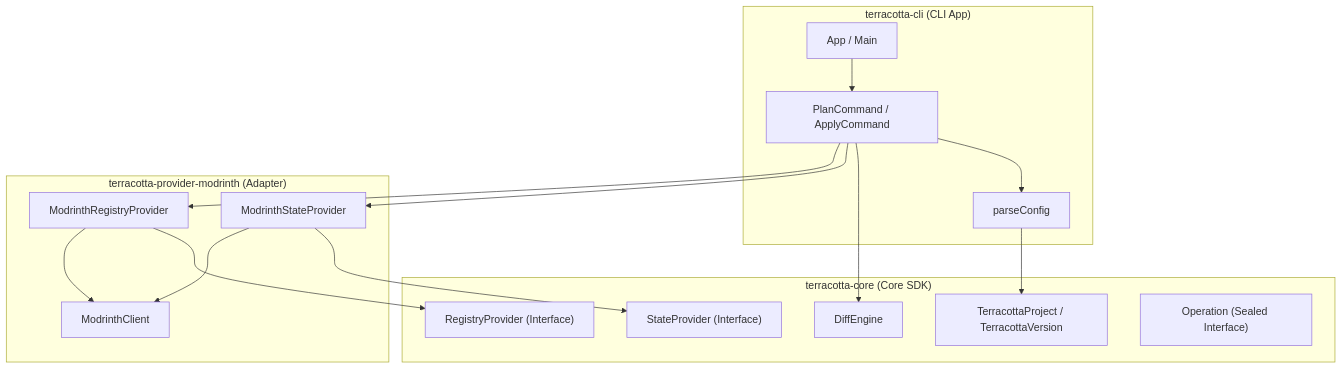
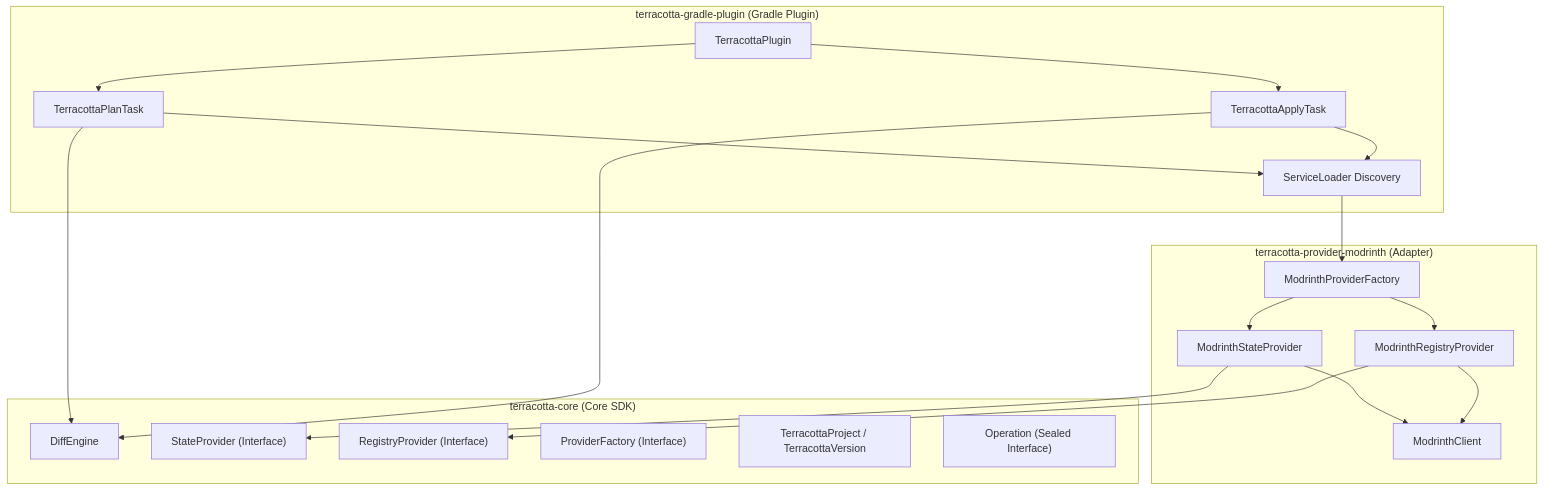
Before and after one commit to beduality/terracotta: the first of 2 diagrams in docs/content/sdk/explanation/architecture.md, drawn with Mermaid. The commit also changed other lines of this file and 3 other files, not shown here.

First line of the commit message:
docs: update documentation to reflect gradle plugin and architecture changes

````diff
--- a/docs/content/sdk/explanation/architecture.md
+++ b/docs/content/sdk/explanation/architecture.md
@@ -7,33 +7,39 @@
 ```mermaid
 graph TD
-    subgraph terracotta-cli["terracotta-cli (CLI App)"]
-        App["App / Main"]
-        Commands["PlanCommand / ApplyCommand"]
-        ConfigParser["parseConfig"]
+    subgraph terracotta-gradle-plugin["terracotta-gradle-plugin (Gradle Plugin)"]
+        Plugin["TerracottaPlugin"]
+        PlanTask["TerracottaPlanTask"]
+        ApplyTask["TerracottaApplyTask"]
+        ServiceLoaderLookup["ServiceLoader Discovery"]
     end
 
     subgraph terracotta-provider-modrinth["terracotta-provider-modrinth (Adapter)"]
         ModrinthClient["ModrinthClient"]
         ModrinthState["ModrinthStateProvider"]
         ModrinthRegistry["ModrinthRegistryProvider"]
+        ProviderFactoryImpl["ModrinthProviderFactory"]
     end
 
     subgraph terracotta-core["terracotta-core (Core SDK)"]
         DiffEngine["DiffEngine"]
         StateProvider["StateProvider (Interface)"]
         RegistryProvider["RegistryProvider (Interface)"]
+        ProviderFactory["ProviderFactory (Interface)"]
         Models["TerracottaProject / TerracottaVersion"]
         Operation["Operation (Sealed Interface)"]
     end
 
-    App --> Commands
-    Commands --> ConfigParser
-    ConfigParser --> Models
-    Commands --> DiffEngine
-    Commands --> ModrinthState
-    Commands --> ModrinthRegistry
+    Plugin --> PlanTask
+    Plugin --> ApplyTask
+    PlanTask --> ServiceLoaderLookup
+    ApplyTask --> ServiceLoaderLookup
+    ServiceLoaderLookup --> ProviderFactoryImpl
+    ProviderFactoryImpl --> ModrinthState
+    ProviderFactoryImpl --> ModrinthRegistry
+    PlanTask --> DiffEngine
+    ApplyTask --> DiffEngine
     ModrinthState --> StateProvider
     ModrinthRegistry --> RegistryProvider
     ModrinthState --> ModrinthClient
     ModrinthRegistry --> ModrinthClient
 ```
````
